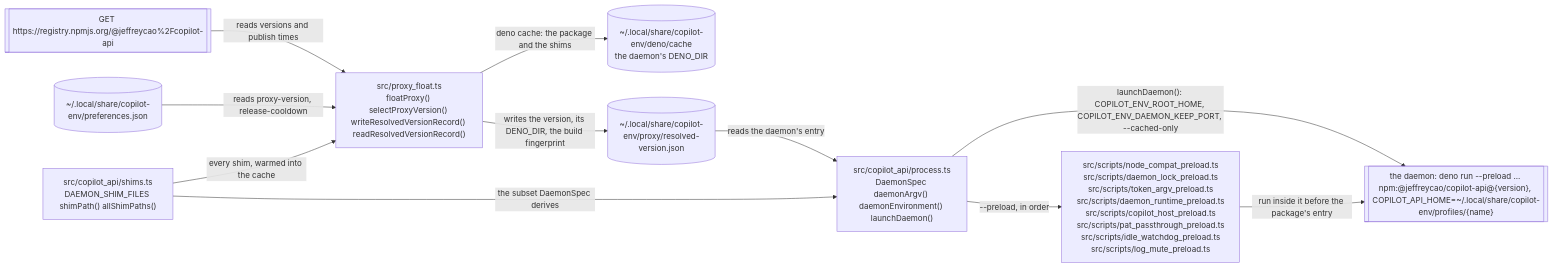
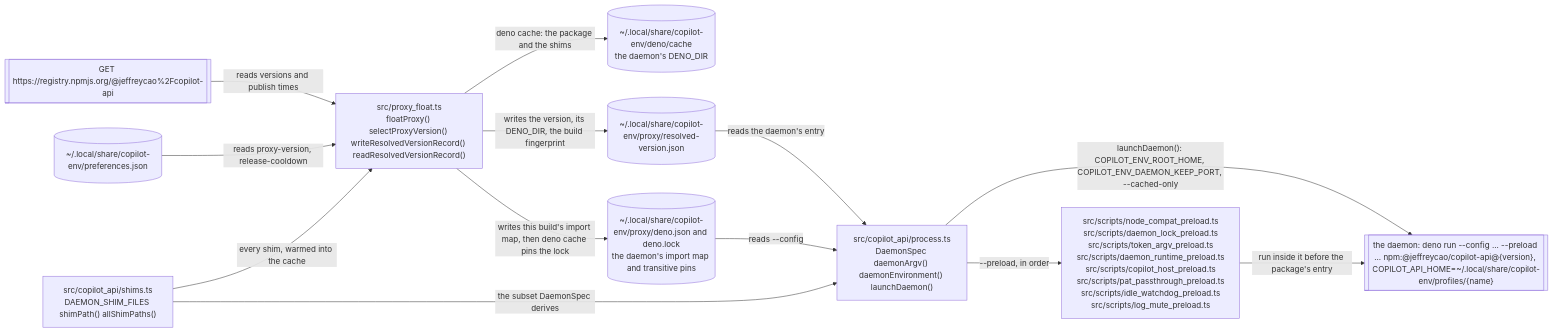
The fourth of 8 diagrams in docs/architecture.md (Vivswan/copilot-env), drawn with Mermaid before and after one commit. The commit also changed other lines of this file, not shown here.

Commit message:
docs: name the write owners and the daemon config the review found missing

````diff
--- a/docs/architecture.md
+++ b/docs/architecture.md
@@ -114,22 +120,25 @@
 ```mermaid
 flowchart LR
   registry[["GET https://registry.npmjs.org/@jeffreycao%2Fcopilot-api"]]
   prefs[("~/.local/share/copilot-env/preferences.json")]
   float["src/proxy_float.ts<br>floatProxy() selectProxyVersion() writeResolvedVersionRecord() readResolvedVersionRecord()"]
   shims["src/copilot_api/shims.ts<br>DAEMON_SHIM_FILES shimPath() allShimPaths()"]
   spawn["src/copilot_api/process.ts<br>DaemonSpec daemonArgv() daemonEnvironment() launchDaemon()"]
   preloads["src/scripts/node_compat_preload.ts<br>src/scripts/daemon_lock_preload.ts<br>src/scripts/token_argv_preload.ts<br>src/scripts/daemon_runtime_preload.ts<br>src/scripts/copilot_host_preload.ts<br>src/scripts/pat_passthrough_preload.ts<br>src/scripts/idle_watchdog_preload.ts<br>src/scripts/log_mute_preload.ts"]
   cache[("~/.local/share/copilot-env/deno/cache<br>the daemon's DENO_DIR")]
   record[("~/.local/share/copilot-env/proxy/resolved-version.json")]
-  daemonproc[["the daemon: deno run --preload ... npm:@jeffreycao/copilot-api@{version}, COPILOT_API_HOME=~/.local/share/copilot-env/profiles/{name}"]]
+  dcfg[("~/.local/share/copilot-env/proxy/deno.json and deno.lock<br>the daemon's import map and transitive pins")]
+  daemonproc[["the daemon: deno run --config ... --preload ... npm:@jeffreycao/copilot-api@{version}, COPILOT_API_HOME=~/.local/share/copilot-env/profiles/{name}"]]
   registry -->|"reads versions and publish times"| float
   prefs -->|"reads proxy-version, release-cooldown"| float
   shims -->|"every shim, warmed into the cache"| float
+  float -->|"writes this build's import map, then deno cache pins the lock"| dcfg
   float -->|"deno cache: the package and the shims"| cache
   float -->|"writes the version, its DENO_DIR, the build fingerprint"| record
   record -->|"reads the daemon's entry"| spawn
+  dcfg -->|"reads --config"| spawn
   shims -->|"the subset DaemonSpec derives"| spawn
   spawn -->|"--preload, in order"| preloads
   spawn -->|"launchDaemon(): COPILOT_ENV_ROOT_HOME, COPILOT_ENV_DAEMON_KEEP_PORT, --cached-only"| daemonproc
   preloads -->|"run inside it before the package's entry"| daemonproc
 ```
````
